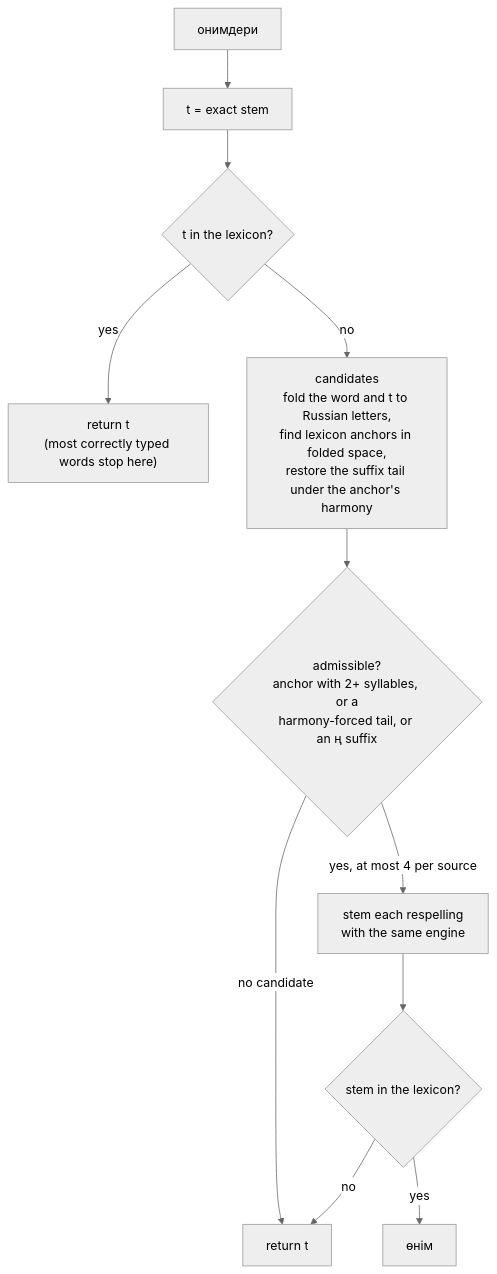
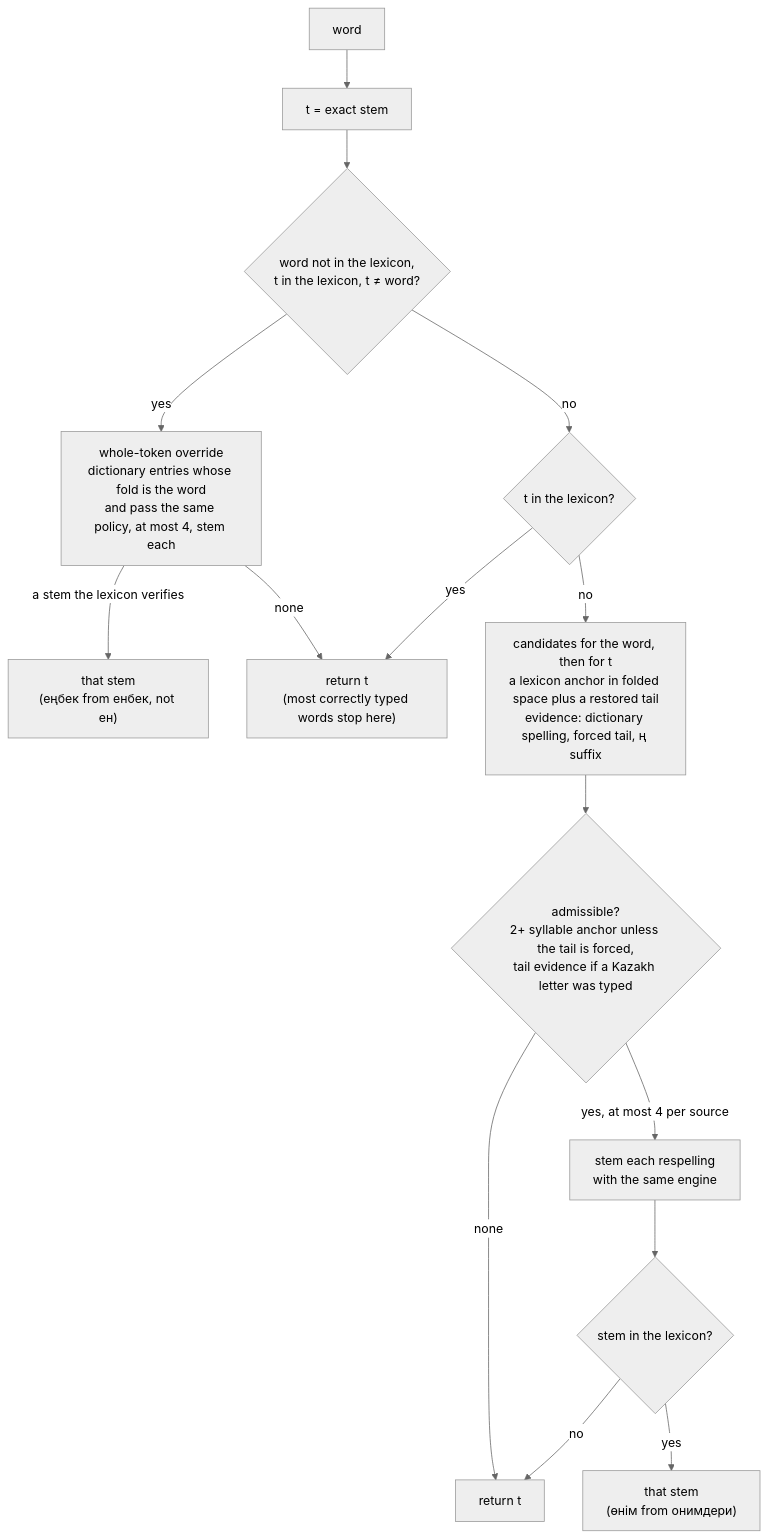
Before and after one commit to darkhanakh/pg-kazsearch: the second of 4 diagrams in README.md, drawn with Mermaid (neutral theme). The commit also changed other lines of this file and 3 other files, not shown here.

First line of the commit message:
docs(readme): match the diagrams to the code and trace every number (#12)

````diff
--- a/README.md
+++ b/README.md
@@ -120,13 +120,17 @@
 ```mermaid
 flowchart TD
-    W["онимдери"] --> T["t = exact stem"]
-    T --> G{"t in the lexicon?"}
+    W["word"] --> T["t = exact stem"]
+    T --> OV{"word not in the lexicon,<br/>t in the lexicon, t ≠ word?"}
+    OV -- "yes" --> WT["whole-token override<br/>dictionary entries whose fold is the word<br/>and pass the same policy, at most 4, stem each"]
+    WT -- "a stem the lexicon verifies" --> OUT1["that stem<br/>(еңбек from енбек, not ен)"]
+    WT -- "none" --> KEEP
+    OV -- "no" --> G{"t in the lexicon?"}
     G -- "yes" --> KEEP["return t<br/>(most correctly typed words stop here)"]
-    G -- "no" --> C["candidates<br/>fold the word and t to Russian letters,<br/>find lexicon anchors in folded space,<br/>restore the suffix tail under the anchor's harmony"]
-    C --> A{"admissible?<br/>anchor with 2+ syllables, or a<br/>harmony-forced tail, or an ң suffix"}
-    A -- "no candidate" --> FB["return t"]
+    G -- "no" --> C["candidates for the word, then for t<br/>a lexicon anchor in folded space plus a restored tail<br/>evidence: dictionary spelling, forced tail, ң suffix"]
+    C --> A{"admissible?<br/>2+ syllable anchor unless the tail is forced,<br/>tail evidence if a Kazakh letter was typed"}
+    A -- "none" --> FB["return t"]
     A -- "yes, at most 4 per source" --> S["stem each respelling<br/>with the same engine"]
     S --> V{"stem in the lexicon?"}
-    V -- "yes" --> OUT["өнім"]
+    V -- "yes" --> OUT["that stem<br/>(өнім from онимдери)"]
     V -- "no" --> FB
 ```
````
